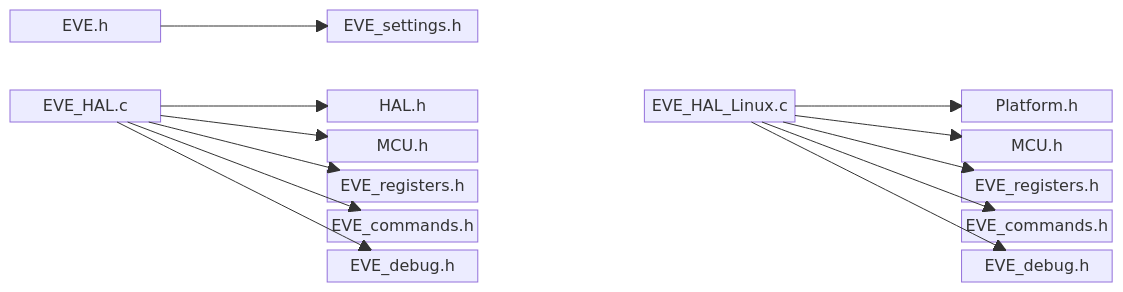
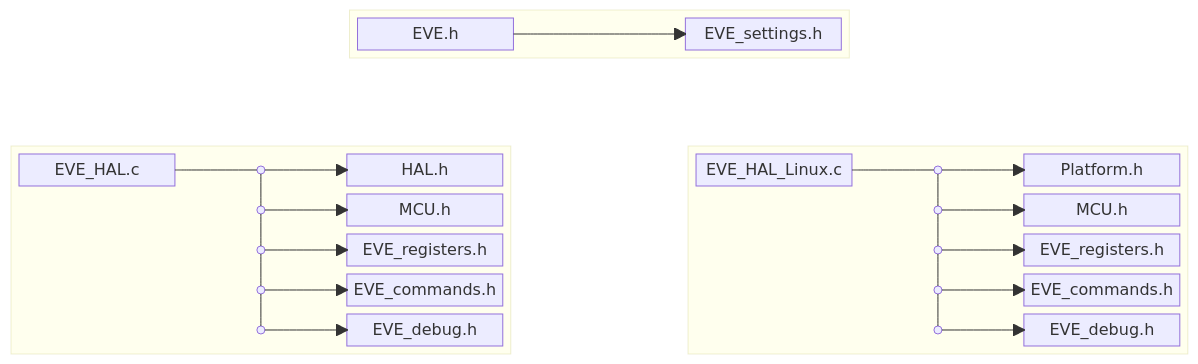
One commit to Bridgetek/Eve-MCU-Dev changed the sixth of 11 diagrams in README.md. Above: the diagram before and after it, drawn with Mermaid. The commit also changed other lines of this file, not shown here.

````diff
--- a/README.md
+++ b/README.md
@@ -332,23 +341,48 @@
 ```mermaid
 block
   columns 7
-  A1["EVE.h"] space B1["EVE_settings.h"]  space  space space space 
-  space space space                       space  space space space 
-  A2["EVE_HAL.c"] space B2["HAL.h"]       space  A3["EVE_HAL_Linux.c"] space B7["Platform.h"]
-  space space B3["MCU.h"]                 space  space space B8["MCU.h"] 
-  space space B4["EVE_registers.h"]       space  space space B9["EVE_registers.h"]
-  space space B5["EVE_commands.h"]        space  space space B10["EVE_commands.h"]
-  space space B6["EVE_debug.h"]           space  space space B11["EVE_debug.h"]
-
-  A1 --> B1
-  A2 --> B2
-  A2 --> B3
-  A2 --> B4
-  A2 --> B5
-  A2 --> B6
-  A3 --> B7
-  A3 --> B8
-  A3 --> B9
-  A3 --> B10
-  A3 --> B11
+  space space 
+  block:TOP_LAYER[" "]:3
+    columns 3
+    A1["EVE.h"]     space       B1["EVE_settings.h"]
+    A1 --> B1
+  end 
+  space space 
+  block:MCU_LAYER[" "]:3
+    columns 3
+    A2["EVE_HAL.c"] X2((" "))   B2["HAL.h"]             
+    space           X3((" "))   B3["MCU.h"]             
+    space           X4((" "))   B4["EVE_registers.h"]   
+    space           X5((" "))   B5["EVE_commands.h"]    
+    space           X6((" "))   B6["EVE_debug.h"]       
+    A2 --- X2
+    X2 --- X3
+    X3 --- X4
+    X4 --- X5
+    X5 --- X6
+    X2 --> B2
+    X3 --> B3
+    X4 --> B4
+    X5 --> B5
+    X6 --> B6
+  end
+  space
+  block:PLATFORM_LAYER[" "]:3
+    columns 3
+    A3["EVE_HAL_Linux.c"]  X7((" "))   B7["Platform.h"]
+    space                  X8((" "))   B8["MCU.h"] 
+    space                  X9((" "))   B9["EVE_registers.h"]
+    space                  X10((" "))  B10["EVE_commands.h"]
+    space                  X11((" "))  B11["EVE_debug.h"]
+    A3 --- X7
+    X7 --- X8
+    X8 --- X9
+    X9 --- X10
+    X10 --- X11
+    X7 --> B7
+    X8 --> B8
+    X9 --> B9
+    X10 --> B10
+    X11 --> B11
+  end
 ```
````
